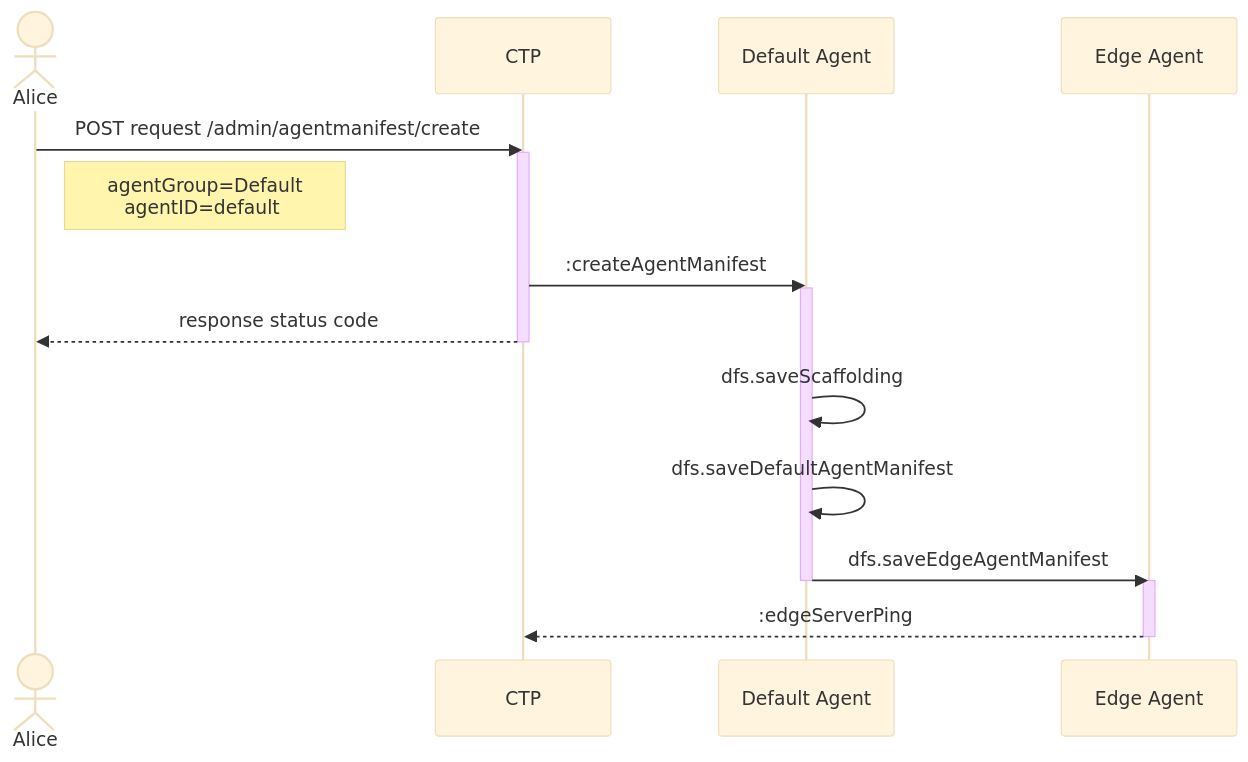
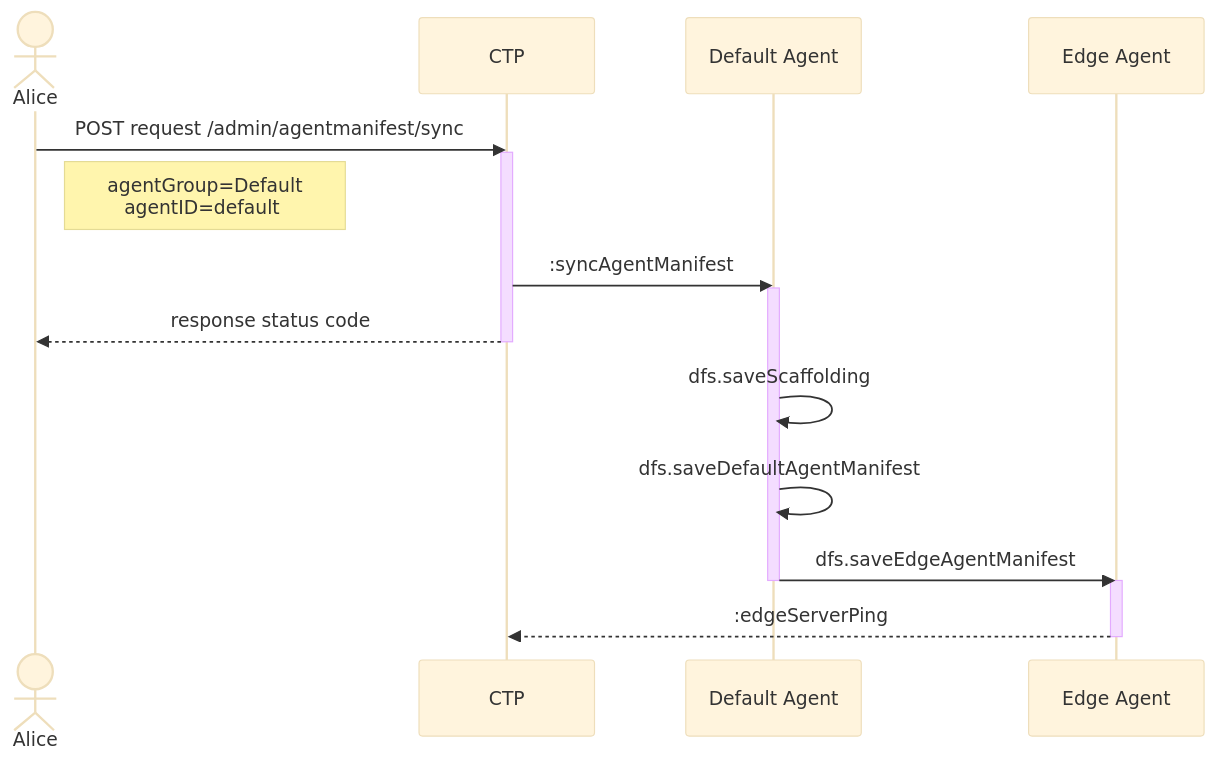
One commit to t-ibm/didymus changed the diagram in app/src/doc/templates/createDefaultEdge.mmd. Above: the diagram before and after it, drawn with Mermaid (base theme). The commit also changed 1 other file, not shown here.

Commit message:
Changing 'create' to 'sync'

```diff
--- a/app/src/doc/templates/createDefaultEdge.mmd
+++ b/app/src/doc/templates/createDefaultEdge.mmd
@@ -1,19 +1,19 @@
 sequenceDiagram
     actor A as Alice
     participant C as CTP
     participant D as Default Agent
     participant E as Edge Agent
-    A->>C: POST request /admin/agentmanifest/create
+    A->>C: POST request /admin/agentmanifest/sync
     activate C
     Note right of A: agentGroup=Default<br>agentID=default#8200;
-    C->>D: :createAgentManifest
+    C->>D: :syncAgentManifest
     activate D
     C-->>A: response status code
     deactivate C
     D->>D: dfs.saveScaffolding
     D->>D: dfs.saveDefaultAgentManifest
     D->>E: dfs.saveEdgeAgentManifest
     deactivate D
     activate E
     E-->>C: :edgeServerPing
     deactivate E
```
